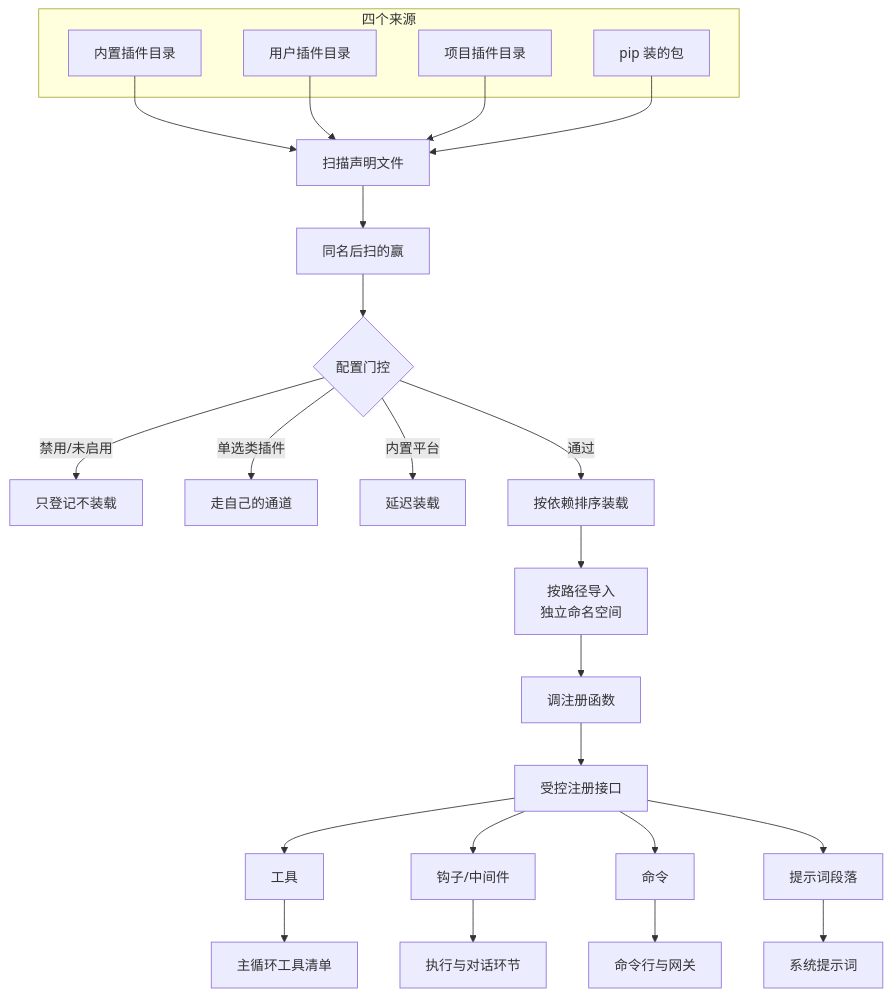
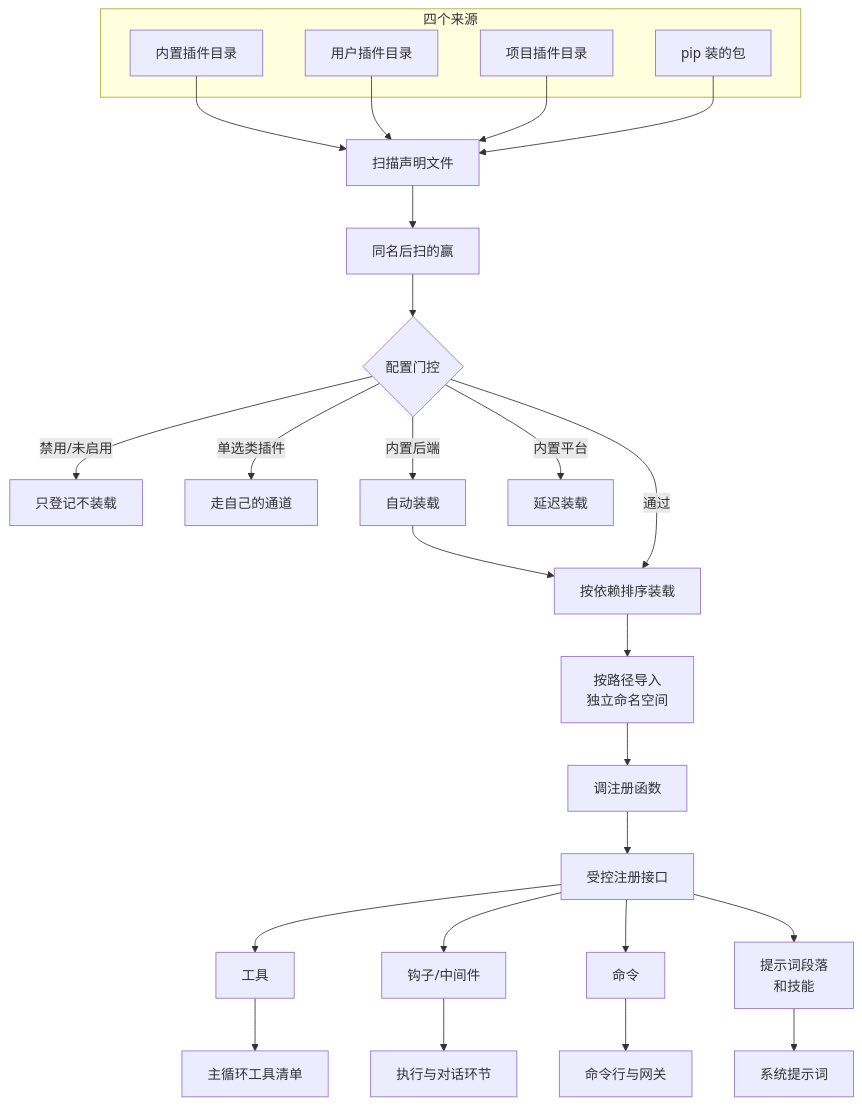
The diagram in docs/plugins.md (Mr-ZeLong/hermes-agent-analysis), drawn with Mermaid before and after one commit. The commit also changed other lines of this file, not shown here.

Commit message:
docs: 插件篇吸收第一轮四审核意见——事实四改（钩子超时辖域/整批授权/图片视频生成通道归属/更新两种路径）、注入与缓存前缀关系重写（api_content 重放）、两处跨篇篇号订正、Q5 升三星、补防冒充·动手·两套并存三追问、去自造词与压缩语一批

````diff
--- a/docs/plugins.md
+++ b/docs/plugins.md
@@ -28,27 +28,29 @@
 ```mermaid
 flowchart TD
     subgraph SRC[四个来源]
         B[内置插件目录]
         U[用户插件目录]
         P[项目插件目录]
         E[pip 装的包]
     end
     B & U & P & E --> SCAN[扫描声明文件]
     SCAN --> WIN[同名后扫的赢]
     WIN --> GATE{配置门控}
     GATE -->|禁用/未启用| HOLD[只登记不装载]
     GATE -->|单选类插件| OWN[走自己的通道]
+    GATE -->|内置后端| AUTO[自动装载]
     GATE -->|内置平台| DEFER[延迟装载]
-    GATE -->|通过| SORT[按依赖排序装载]
+    AUTO --> SORT[按依赖排序装载]
+    GATE -->|通过| SORT
     SORT --> IMP[按路径导入<br>独立命名空间]
     IMP --> REG[调注册函数]
     REG --> CTX[受控注册接口]
     CTX --> T[工具]
     CTX --> H[钩子/中间件]
     CTX --> C[命令]
-    CTX --> S[提示词段落]
+    CTX --> S[提示词段落<br>和技能]
     T --> LOOP[主循环工具清单]
     H --> PIPE[执行与对话环节]
     C --> SURF[命令行与网关]
     S --> SYS[系统提示词]
 ```
````
